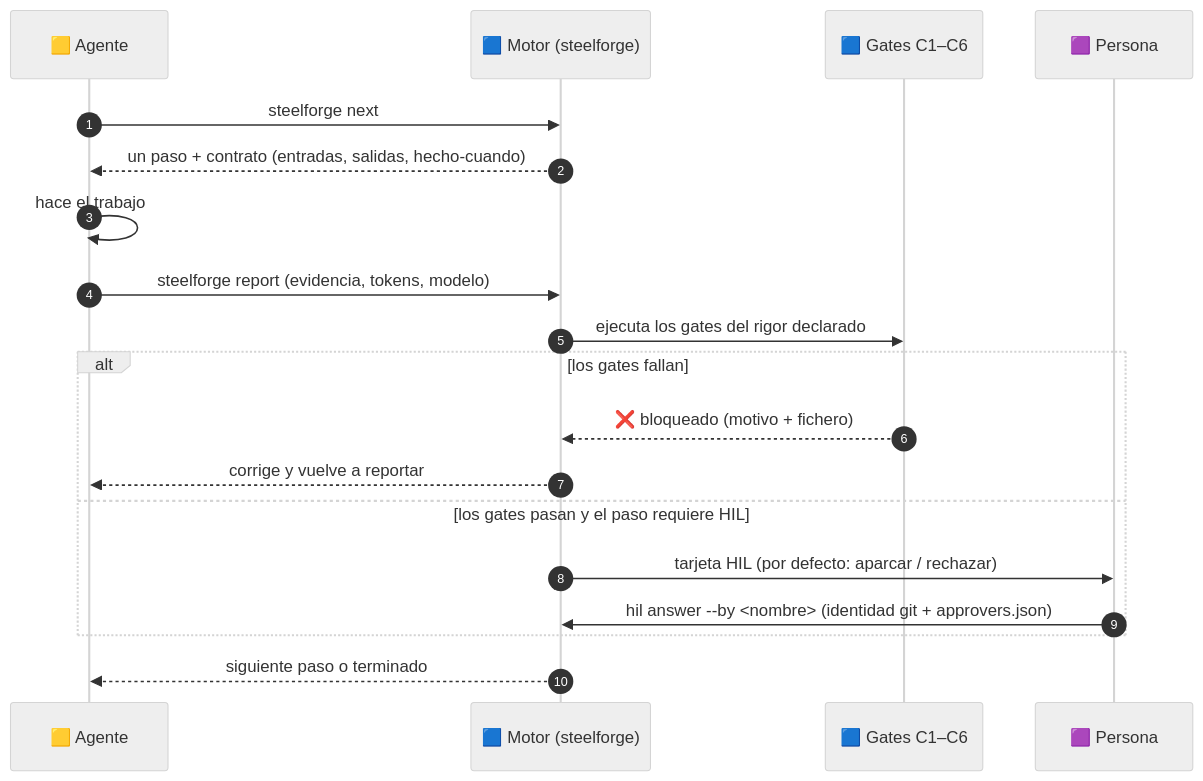
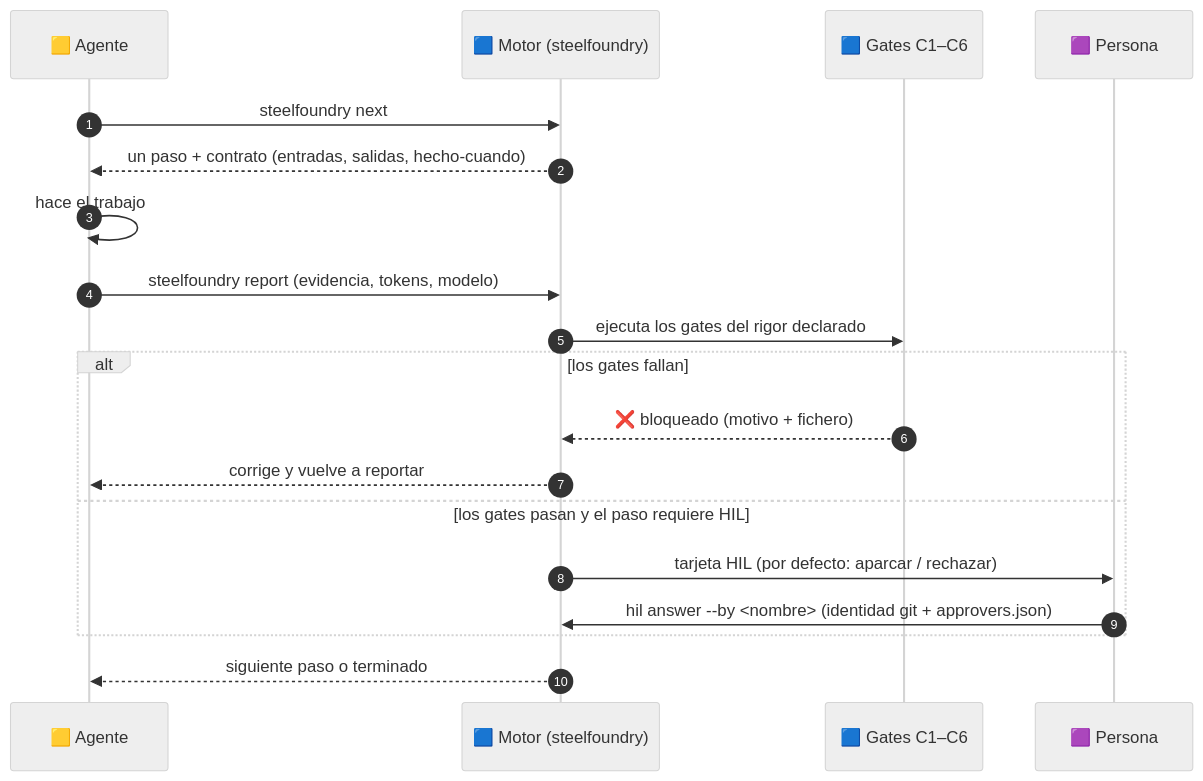
The fourth of 12 diagrams in README.es.md (Brujo2020/OpenSDD), drawn with Mermaid (neutral theme) before and after one commit. The commit also changed other lines of this file and 465 other files, not shown here.

````diff
--- a/README.es.md
+++ b/README.es.md
@@ -250,21 +250,21 @@
 ```mermaid
 sequenceDiagram
   autonumber
   participant A as 🟨 Agente
-  participant E as 🟦 Motor (steelforge)
+  participant E as 🟦 Motor (steelfoundry)
   participant G as 🟦 Gates C1–C6
   participant H as 🟪 Persona
-  A->>E: steelforge next
+  A->>E: steelfoundry next
   E-->>A: un paso + contrato (entradas, salidas, hecho-cuando)
   A->>A: hace el trabajo
-  A->>E: steelforge report (evidencia, tokens, modelo)
+  A->>E: steelfoundry report (evidencia, tokens, modelo)
   E->>G: ejecuta los gates del rigor declarado
   alt los gates fallan
     G-->>E: ❌ bloqueado (motivo + fichero)
     E-->>A: corrige y vuelve a reportar
   else los gates pasan y el paso requiere HIL
     E->>H: tarjeta HIL (por defecto: aparcar / rechazar)
     H->>E: hil answer --by <nombre> (identidad git + approvers.json)
   end
   E-->>A: siguiente paso o terminado
 ```
````
